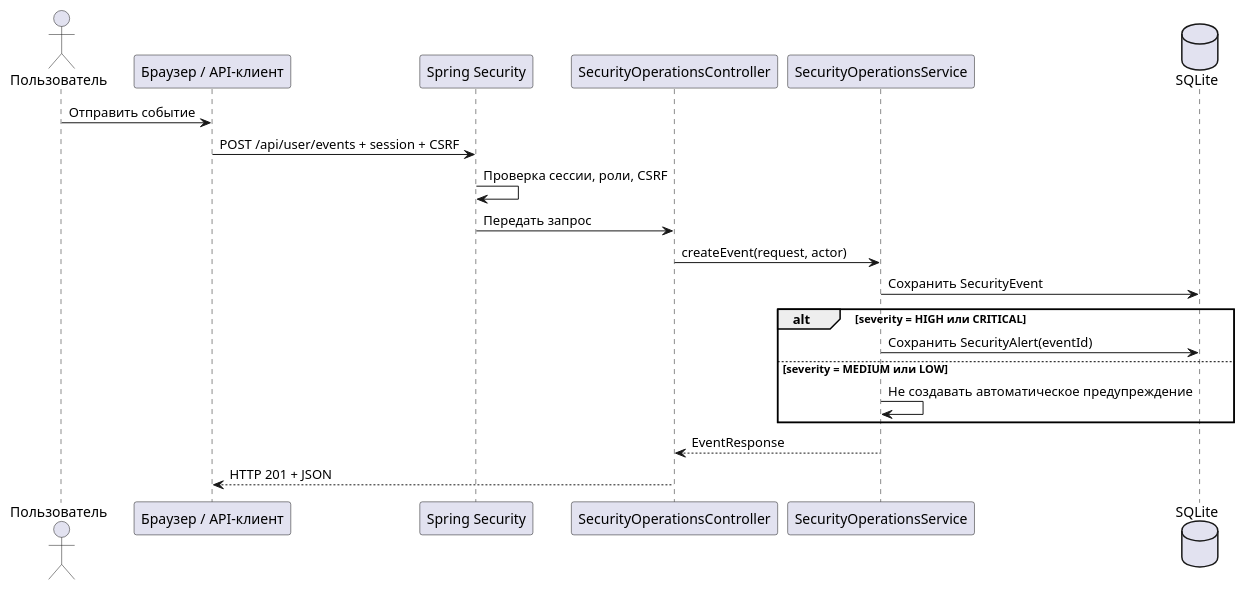
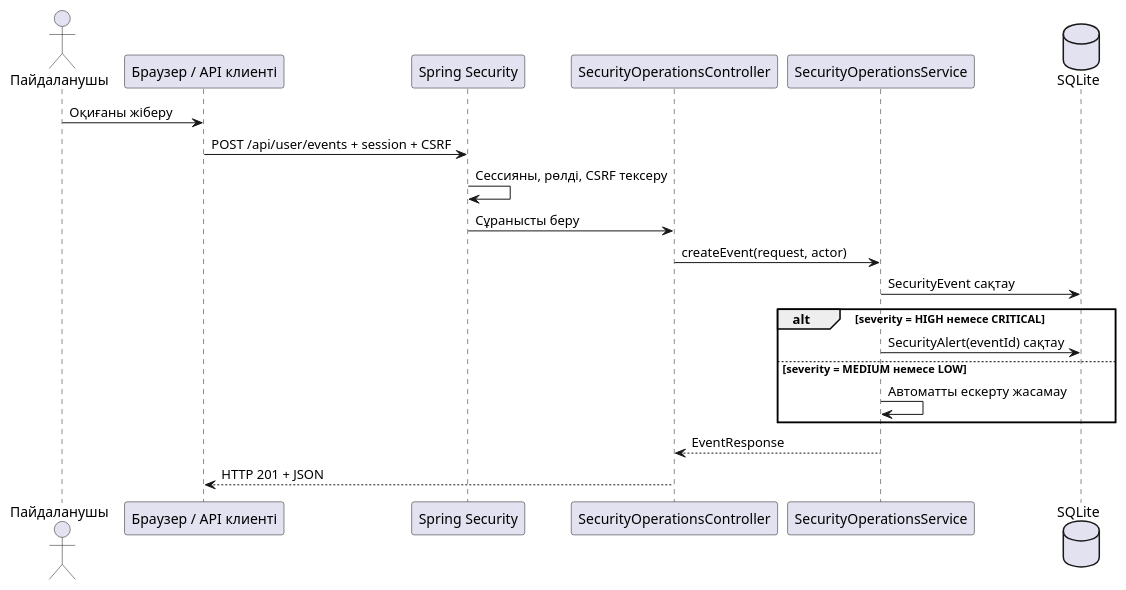
Before and after one commit to FURIA-Team/-SIEM: the diagram in docs/UML/sequence-event-processing.puml, drawn with PlantUML.

Commit message:
docs: translate UML diagram labels into Kazakh

```diff
--- a/docs/UML/sequence-event-processing.puml
+++ b/docs/UML/sequence-event-processing.puml
@@ -1,21 +1,21 @@
 @startuml
-actor Пользователь
-participant "Браузер / API-клиент" as Client
+actor Пайдаланушы
+participant "Браузер / API клиенті" as Client
 participant "Spring Security" as Security
 participant "SecurityOperationsController" as Controller
 participant "SecurityOperationsService" as Service
 database "SQLite" as DB
-Пользователь -> Client : Отправить событие
+Пайдаланушы -> Client : Оқиғаны жіберу
 Client -> Security : POST /api/user/events + session + CSRF
-Security -> Security : Проверка сессии, роли, CSRF
-Security -> Controller : Передать запрос
+Security -> Security : Сессияны, рөлді, CSRF тексеру
+Security -> Controller : Сұранысты беру
 Controller -> Service : createEvent(request, actor)
-Service -> DB : Сохранить SecurityEvent
-alt severity = HIGH или CRITICAL
-  Service -> DB : Сохранить SecurityAlert(eventId)
-else severity = MEDIUM или LOW
-  Service -> Service : Не создавать автоматическое предупреждение
+Service -> DB : SecurityEvent сақтау
+alt severity = HIGH немесе CRITICAL
+  Service -> DB : SecurityAlert(eventId) сақтау
+else severity = MEDIUM немесе LOW
+  Service -> Service : Автоматты ескерту жасамау
 end
 Service --> Controller : EventResponse
 Controller --> Client : HTTP 201 + JSON
 @enduml
```
